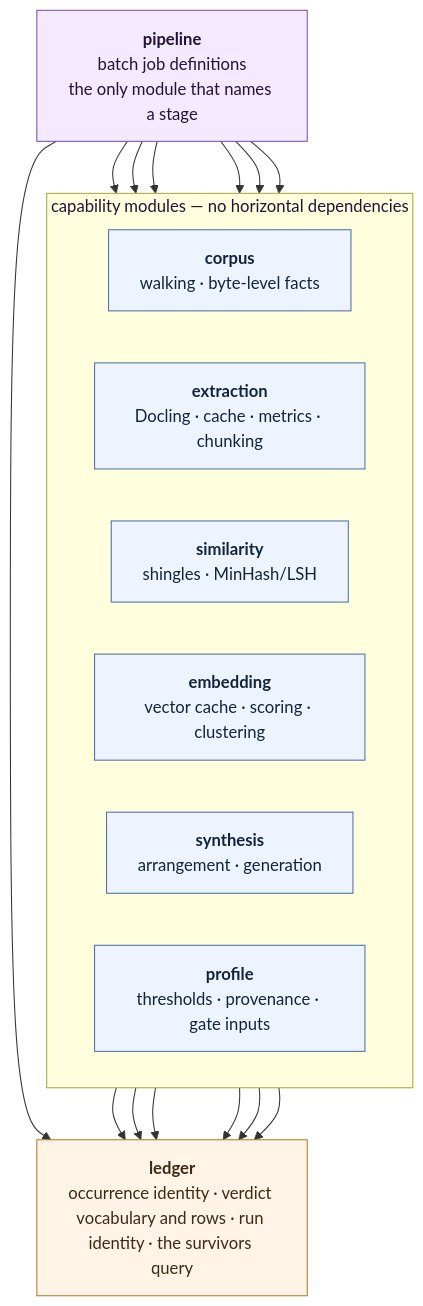
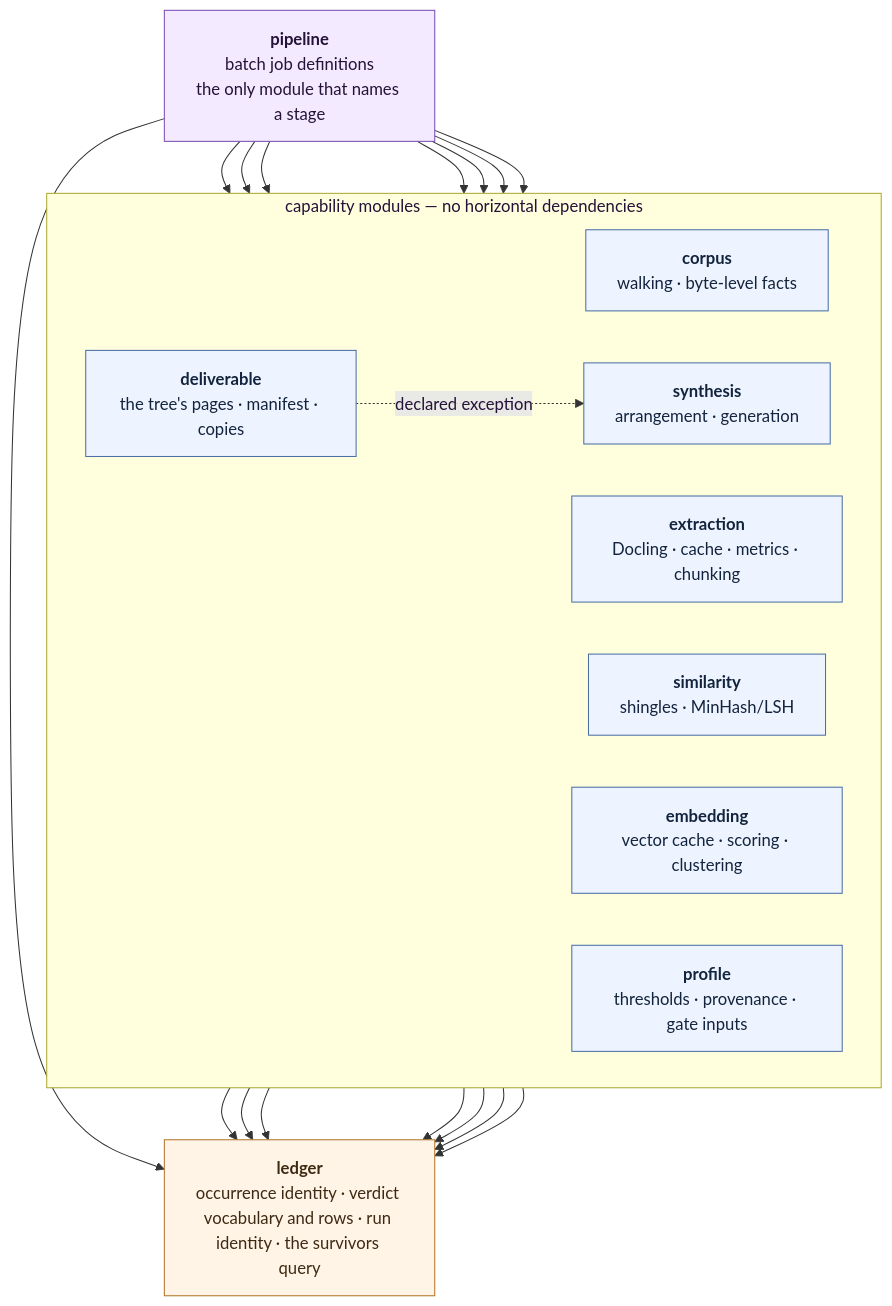
One commit to algernon28/vespera changed the fourth of 6 diagrams in docs/architecture.md. Above: the diagram before and after it, drawn with Mermaid. The commit also changed other lines of this file and 6 other files, not shown here.

````diff
--- a/docs/architecture.md
+++ b/docs/architecture.md
@@ -186,38 +187,42 @@
 ```mermaid
 flowchart TD
     PIPELINE["<b>pipeline</b><br/>batch job definitions<br/>the only module that names a stage"]
 
     subgraph CAPABILITIES["capability modules — no horizontal dependencies"]
         direction LR
         CORPUS["<b>corpus</b><br/>walking · byte-level facts"]
         EXTRACTION["<b>extraction</b><br/>Docling · cache · metrics · chunking"]
         SIMILARITY["<b>similarity</b><br/>shingles · MinHash/LSH"]
         EMBEDDING["<b>embedding</b><br/>vector cache · scoring · clustering"]
         SYNTHESIS["<b>synthesis</b><br/>arrangement · generation"]
         PROFILE["<b>profile</b><br/>thresholds · provenance · gate inputs"]
+        DELIVERABLE["<b>deliverable</b><br/>the tree's pages · manifest · copies"]
     end
 
     LEDGER["<b>ledger</b><br/>occurrence identity · verdict vocabulary and rows · run identity · the survivors query"]
 
     PIPELINE --> CORPUS
     PIPELINE --> EXTRACTION
     PIPELINE --> SIMILARITY
     PIPELINE --> EMBEDDING
     PIPELINE --> SYNTHESIS
     PIPELINE --> PROFILE
+    PIPELINE --> DELIVERABLE
     PIPELINE --> LEDGER
 
     CORPUS --> LEDGER
     EXTRACTION --> LEDGER
     SIMILARITY --> LEDGER
     EMBEDDING --> LEDGER
     SYNTHESIS --> LEDGER
     PROFILE --> LEDGER
+    DELIVERABLE --> LEDGER
+    DELIVERABLE -. declared exception .-> SYNTHESIS
 
     classDef root fill:#f3eaff,stroke:#7a4fb5,color:#241238
     classDef cap fill:#eef4ff,stroke:#4a6fa5,color:#12243d
     classDef core fill:#fff4e6,stroke:#b5762a,color:#3d2a12
     class PIPELINE root
-    class CORPUS,EXTRACTION,SIMILARITY,EMBEDDING,SYNTHESIS,PROFILE cap
+    class CORPUS,EXTRACTION,SIMILARITY,EMBEDDING,SYNTHESIS,PROFILE,DELIVERABLE cap
     class LEDGER core
 ```
````
